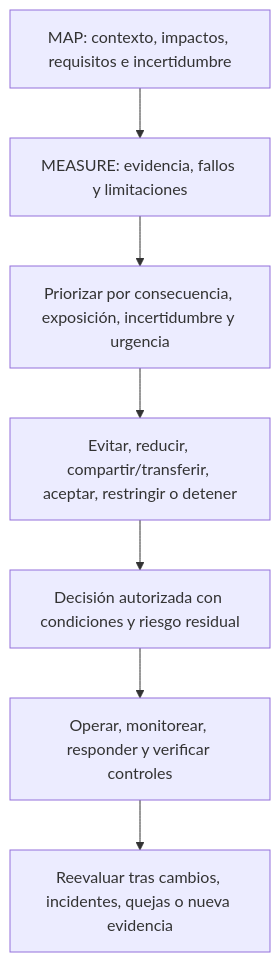
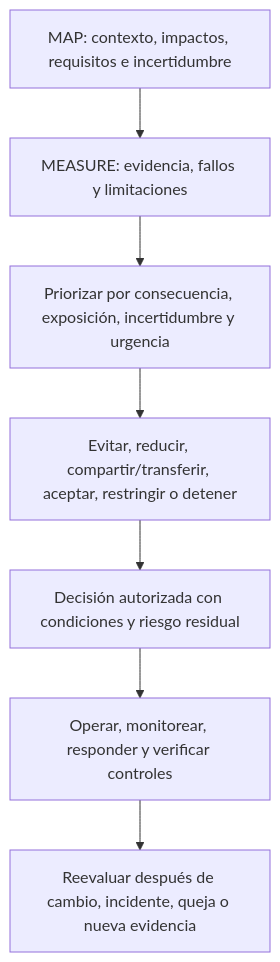
The first of 3 diagrams in 01-foundations/NIST_AI_RMF_1.0/es-419/source/04_MANAGE_CHAPTERS_25_32.md (Chpmunk31456/GRC-Practical-Manuals), drawn with Mermaid before and after one commit. The commit also changed other lines of this file, not shown here.

````diff
--- a/01-foundations/NIST_AI_RMF_1.0/es-419/source/04_MANAGE_CHAPTERS_25_32.md
+++ b/01-foundations/NIST_AI_RMF_1.0/es-419/source/04_MANAGE_CHAPTERS_25_32.md
@@ -26,9 +28,9 @@
 ```mermaid
 flowchart TD
     A["MAP: contexto, impactos, requisitos e incertidumbre"] --> B["MEASURE: evidencia, fallos y limitaciones"]
     B --> C["Priorizar por consecuencia, exposición, incertidumbre y urgencia"]
     C --> D["Evitar, reducir, compartir/transferir, aceptar, restringir o detener"]
     D --> E["Decisión autorizada con condiciones y riesgo residual"]
     E --> F["Operar, monitorear, responder y verificar controles"]
-    F --> G["Reevaluar tras cambios, incidentes, quejas o nueva evidencia"]
+    F --> G["Reevaluar después de cambio, incidente, queja o nueva evidencia"]
 ```
````
